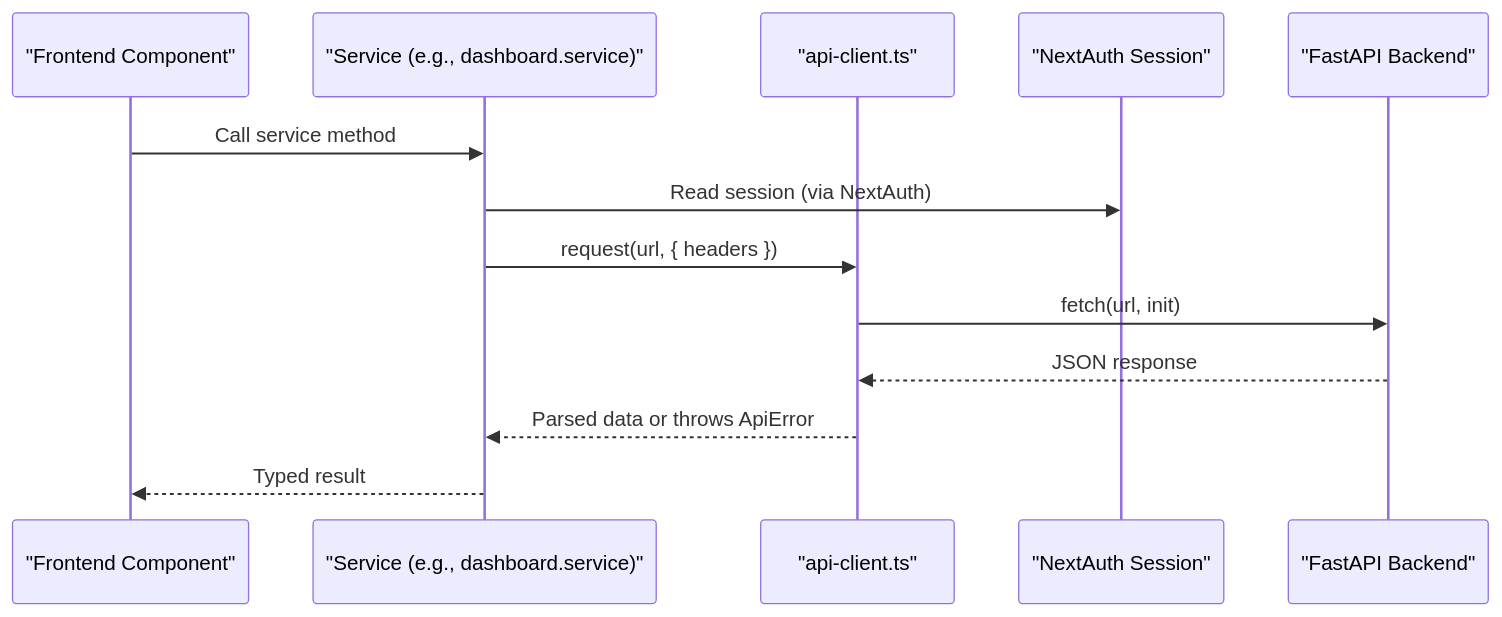
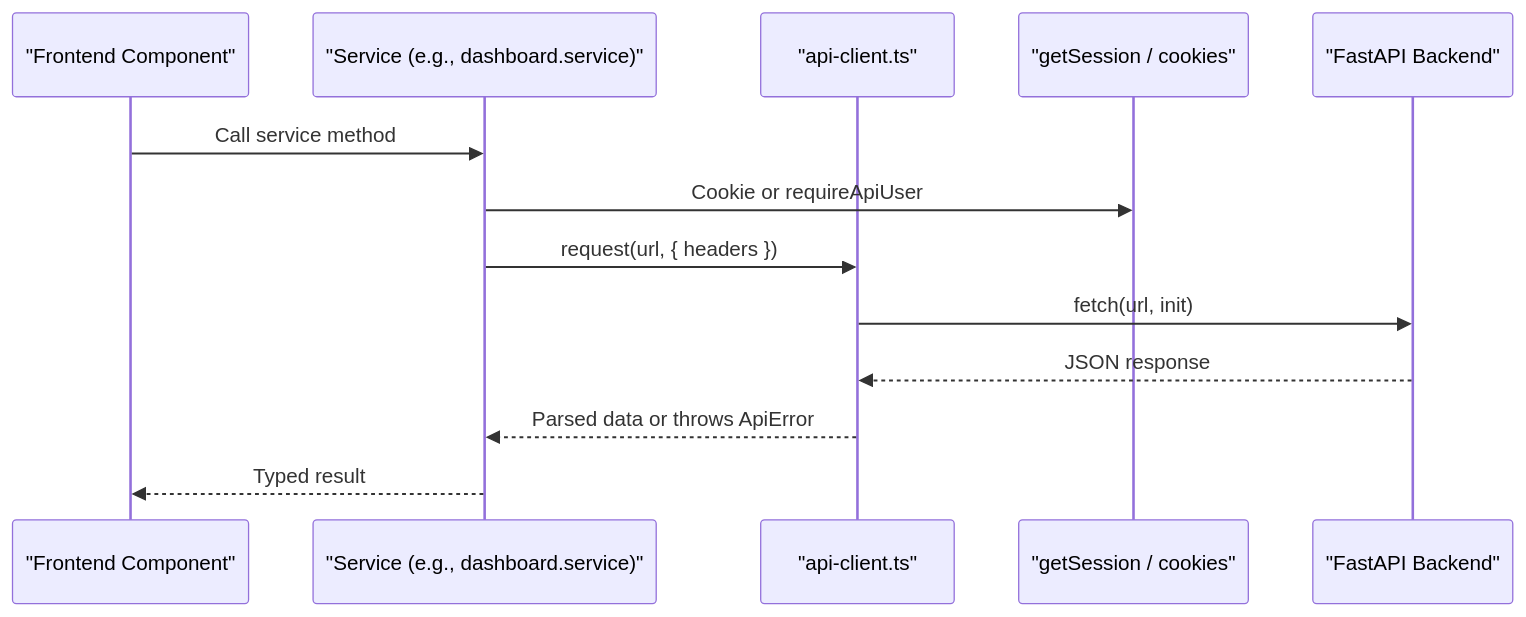
The second of 9 diagrams in src/data/docs/talentsync/API Client Libraries.md (tashifkhan/tashif.codes), drawn with Mermaid before and after one commit. The commit also changed other lines of this file and 2128 other files, not shown here.

First line of the commit message:
docs: replace raster diagram images with native Mermaid across project guides

````diff
--- a/src/data/docs/talentsync/API Client Libraries.md
+++ b/src/data/docs/talentsync/API Client Libraries.md
@@ -66,15 +66,15 @@
 ```mermaid
 sequenceDiagram
 participant UI as "Frontend Component"
 participant SVC as "Service (e.g., dashboard.service)"
 participant CL as "api-client.ts"
-participant AUTH as "NextAuth Session"
+participant AUTH as "getSession / cookies"
 participant BE as "FastAPI Backend"
 UI->>SVC : Call service method
-SVC->>AUTH : Read session (via NextAuth)
+SVC->>AUTH : Cookie or requireApiUser
 SVC->>CL : request(url, { headers })
 CL->>BE : fetch(url, init)
 BE-->>CL : JSON response
 CL-->>SVC : Parsed data or throws ApiError
 SVC-->>UI : Typed result
 ```
````
